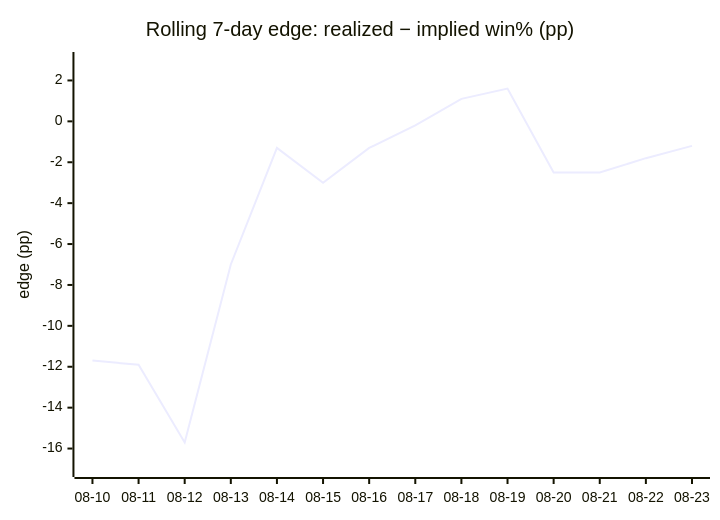
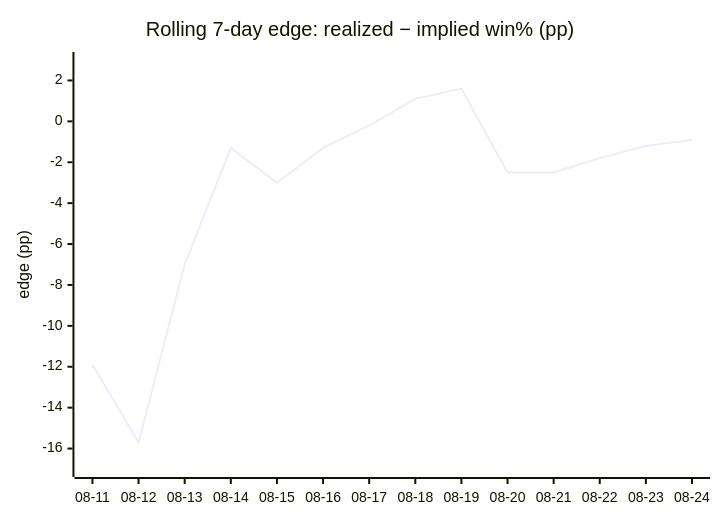
Before and after one commit to dpk1212/nhl-savant: the fourth of 4 diagrams in DAILY_AGSU_REPORT.md, drawn with Mermaid. The commit also changed other lines of this file, not shown here.

````diff
--- a/DAILY_AGSU_REPORT.md
+++ b/DAILY_AGSU_REPORT.md
@@ -847,7 +850,7 @@
 ```mermaid
 xychart-beta
     title "Rolling 7-day edge: realized − implied win% (pp)"
-    x-axis ["08-10", "08-11", "08-12", "08-13", "08-14", "08-15", "08-16", "08-17", "08-18", "08-19", "08-20", "08-21", "08-22", "08-23"]
+    x-axis ["08-11", "08-12", "08-13", "08-14", "08-15", "08-16", "08-17", "08-18", "08-19", "08-20", "08-21", "08-22", "08-23", "08-24"]
     y-axis "edge (pp)" -17 --> 3
-    line [-11.7, -11.9, -15.7, -7, -1.3, -3, -1.3, -0.2, 1.1, 1.6, -2.5, -2.5, -1.8, -1.2]
+    line [-11.9, -15.7, -7, -1.3, -3, -1.3, -0.2, 1.1, 1.6, -2.5, -2.5, -1.8, -1.2, -0.9]
 ```
````
